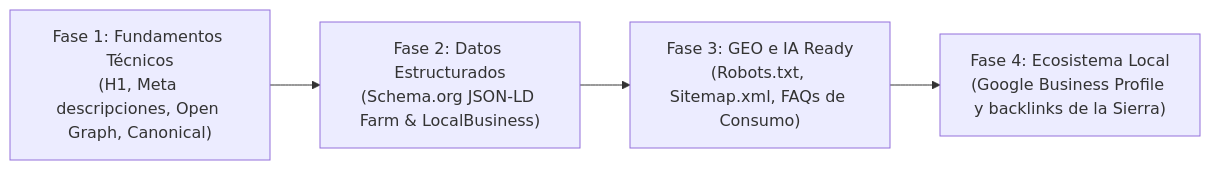
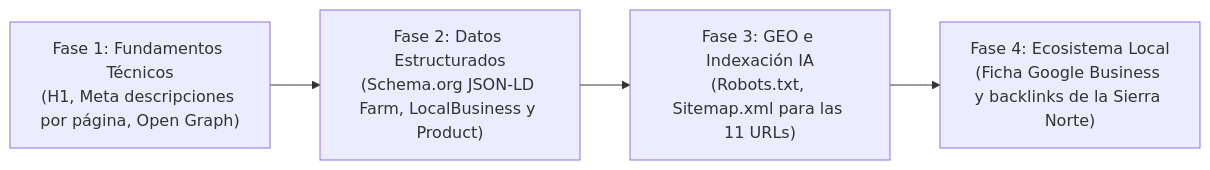
The second of 2 diagrams in INFORME_SEO_IA.md (datoscarlesgutierrez-stack/libreavedriov1), drawn with Mermaid before and after one commit. The commit also changed other lines of this file, not shown here.

Commit message:
docs: update SEO & GEO report for 11 pages architecture, compostera and pedidos

````diff
--- a/INFORME_SEO_IA.md
+++ b/INFORME_SEO_IA.md
@@ -76,6 +77,6 @@
 ```mermaid
 flowchart LR
-    Fase1["Fase 1: Fundamentos Técnicos<br/>(H1, Meta descripciones, Open Graph, Canonical)"] --> Fase2["Fase 2: Datos Estructurados<br/>(Schema.org JSON-LD Farm & LocalBusiness)"]
-    Fase2 --> Fase3["Fase 3: GEO e IA Ready<br/>(Robots.txt, Sitemap.xml, FAQs de Consumo)"]
-    Fase3 --> Fase4["Fase 4: Ecosistema Local<br/>(Google Business Profile y backlinks de la Sierra)"]
+    Fase1["Fase 1: Fundamentos Técnicos<br/>(H1, Meta descripciones por página, Open Graph)"] --> Fase2["Fase 2: Datos Estructurados<br/>(Schema.org JSON-LD Farm, LocalBusiness y Product)"]
+    Fase2 --> Fase3["Fase 3: GEO e Indexación IA<br/>(Robots.txt, Sitemap.xml para las 11 URLs)"]
+    Fase3 --> Fase4["Fase 4: Ecosistema Local<br/>(Ficha Google Business y backlinks de la Sierra Norte)"]
 ```
````
